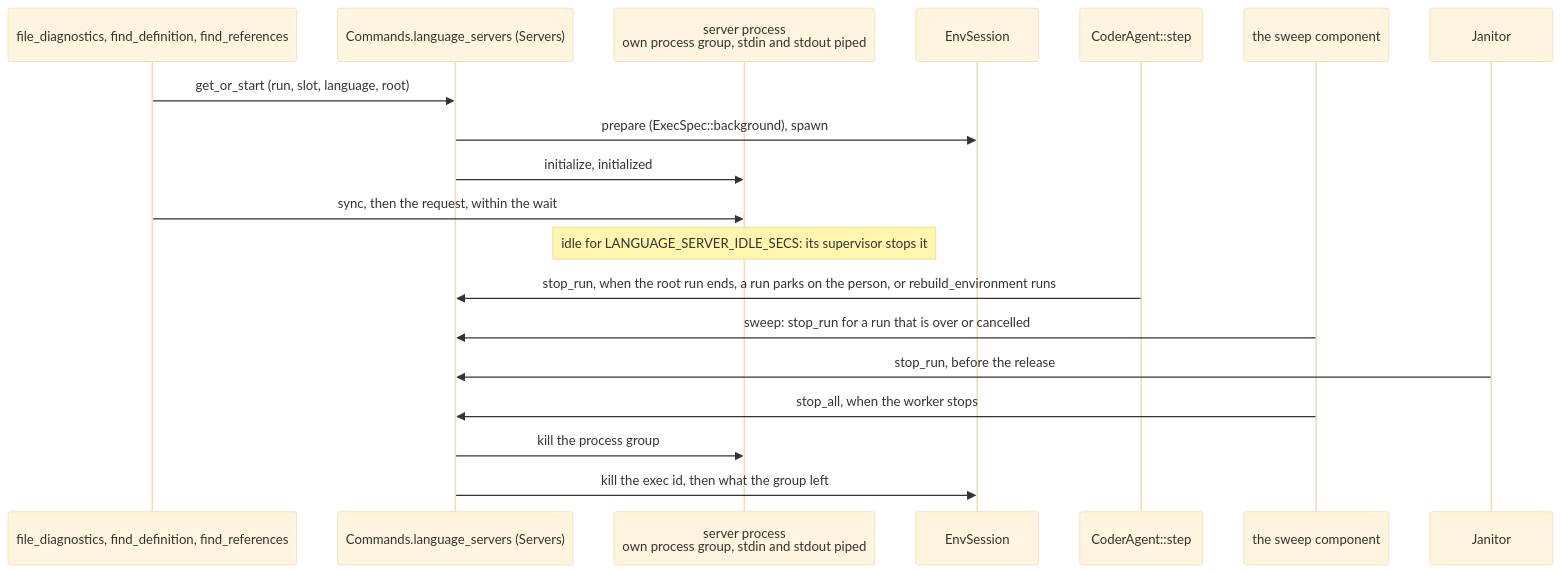
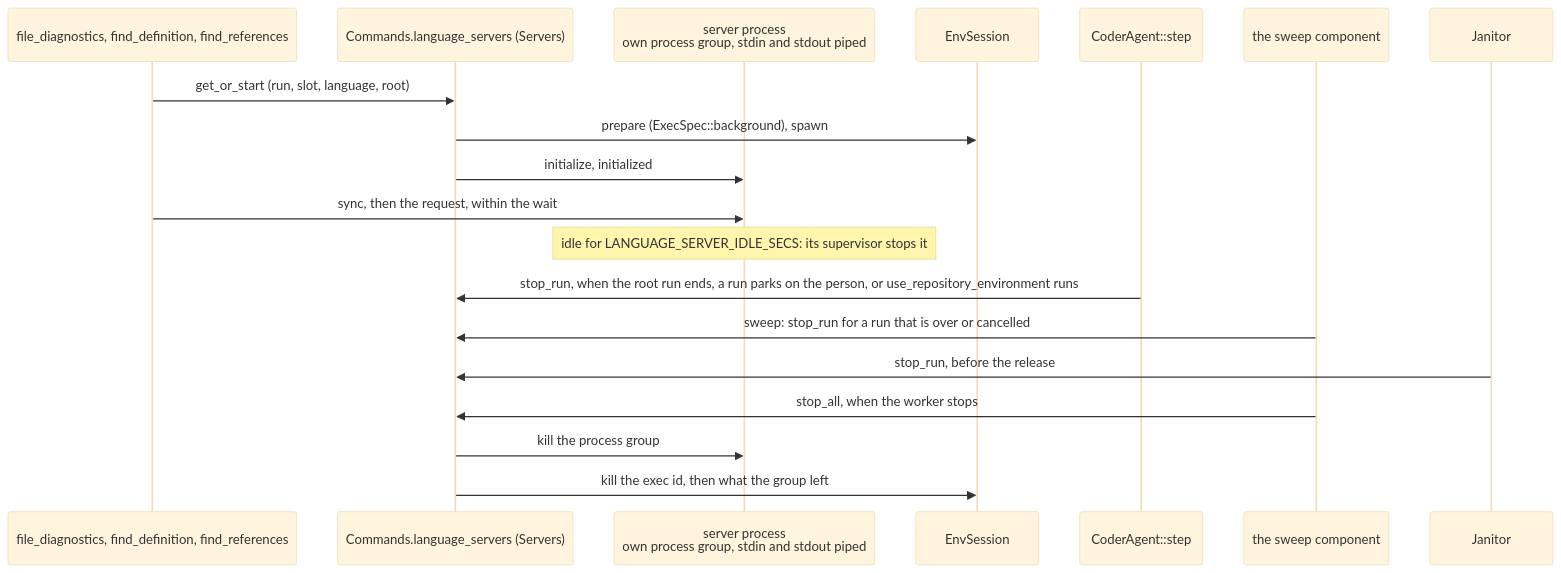
Diagram 26 of 26 in docs/architecture.md (vymalo/another-adam-rs), drawn with Mermaid (base theme) before and after one commit. The commit also changed other lines of this file and 91 other files, not shown here.

````diff
--- a/docs/architecture.md
+++ b/docs/architecture.md
@@ -1408,21 +1404,21 @@
 ```mermaid
 sequenceDiagram
     participant T as file_diagnostics, find_definition, find_references
     participant C as Commands.language_servers (Servers)
     participant P as server process<br/>own process group, stdin and stdout piped
     participant E as EnvSession
     participant A as CoderAgent::step
     participant W as the sweep component
     participant J as Janitor
     T->>C: get_or_start (run, slot, language, root)
     C->>E: prepare (ExecSpec::background), spawn
     C->>P: initialize, initialized
     T->>P: sync, then the request, within the wait
     Note over P: idle for LANGUAGE_SERVER_IDLE_SECS: its supervisor stops it
-    A->>C: stop_run, when the root run ends, a run parks on the person, or rebuild_environment runs
+    A->>C: stop_run, when the root run ends, a run parks on the person, or use_repository_environment runs
     W->>C: sweep: stop_run for a run that is over or cancelled
     J->>C: stop_run, before the release
     W->>C: stop_all, when the worker stops
     C->>P: kill the process group
     C->>E: kill the exec id, then what the group left
 ```
````
